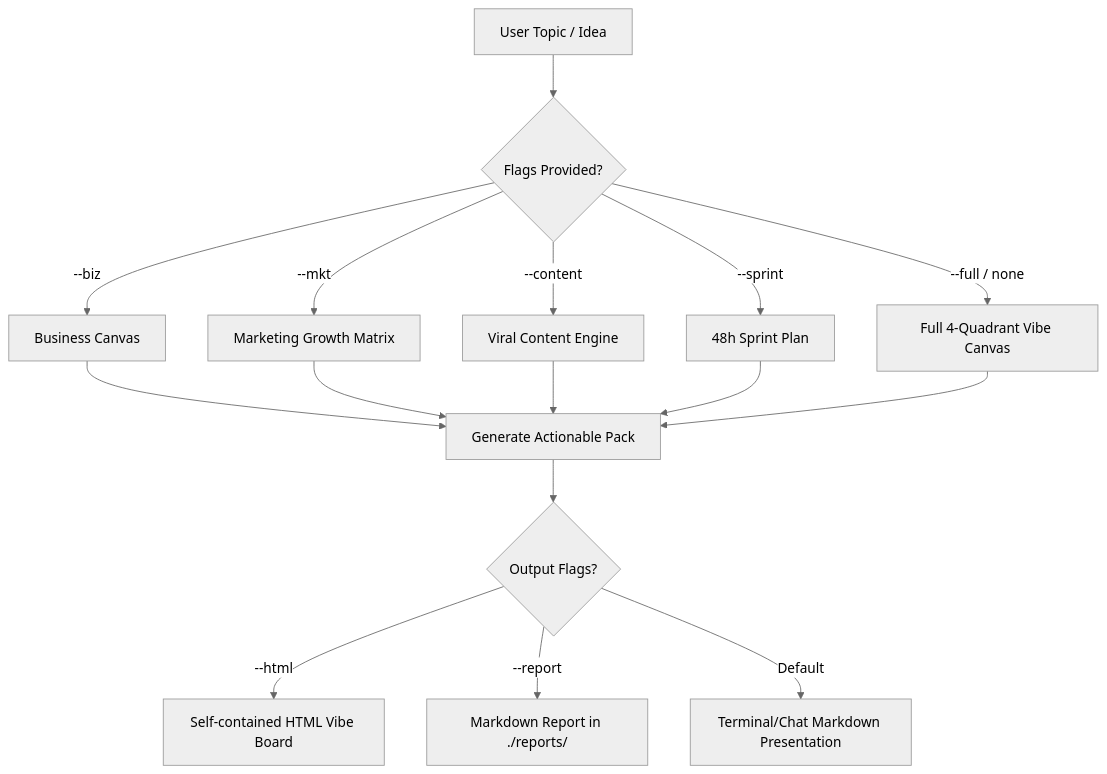
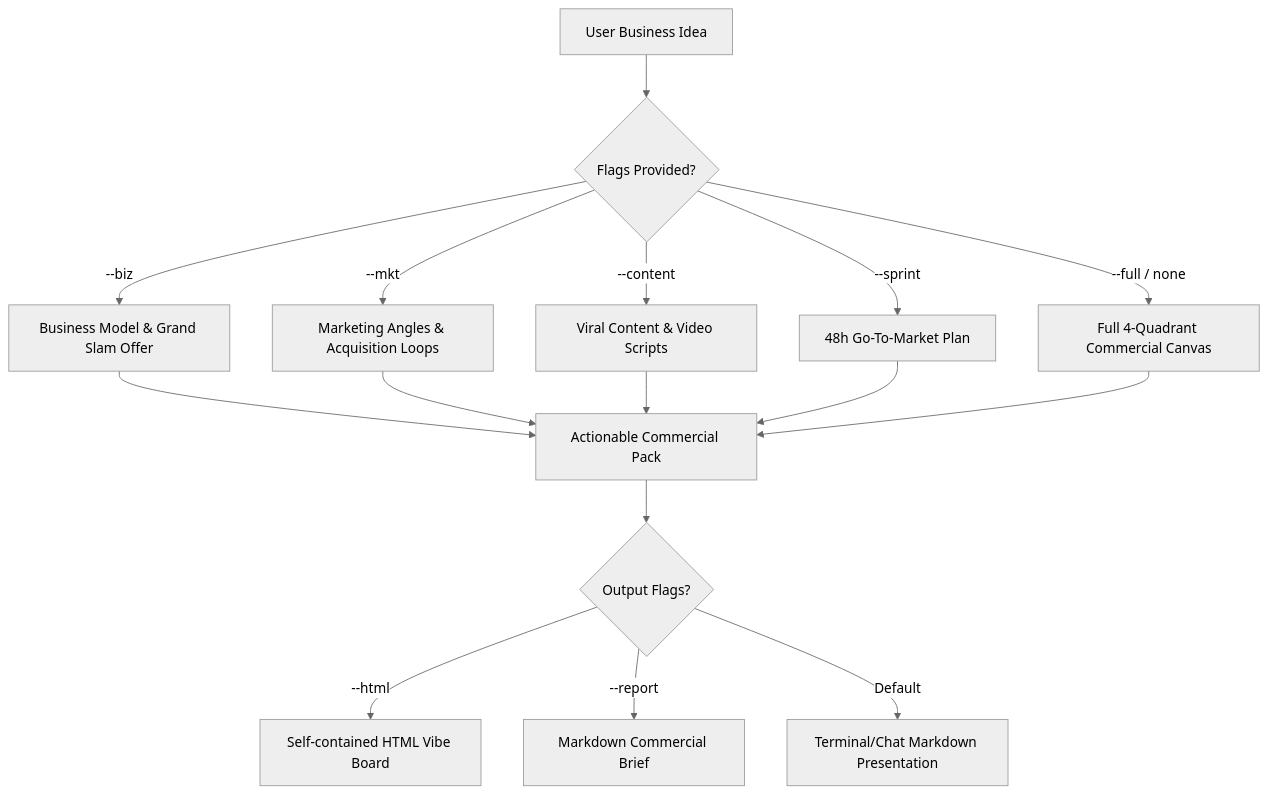
One commit to abm-dungtq/vibe-storm changed the diagram in skills/vibe-storm/SKILL.md. Above: the diagram before and after it, drawn with Mermaid (neutral theme). The commit also changed other lines of this file and 7 other files, not shown here.

Commit message:
refactor: pivot from vibe-coding to full commercial business, marketing, and GTM engine

````diff
--- a/skills/vibe-storm/SKILL.md
+++ b/skills/vibe-storm/SKILL.md
@@ -89,20 +90,20 @@
 ```mermaid
 flowchart TD
-    Req[User Topic / Idea] --> Scope{Flags Provided?}
-    Scope -->|--biz| B[Business Canvas]
-    Scope -->|--mkt| M[Marketing Growth Matrix]
-    Scope -->|--content| C[Viral Content Engine]
-    Scope -->|--sprint| S[48h Sprint Plan]
-    Scope -->|--full / none| All[Full 4-Quadrant Vibe Canvas]
+    Req[User Business Idea] --> Scope{Flags Provided?}
+    Scope -->|--biz| B[Business Model & Grand Slam Offer]
+    Scope -->|--mkt| M[Marketing Angles & Acquisition Loops]
+    Scope -->|--content| C[Viral Content & Video Scripts]
+    Scope -->|--sprint| S[48h Go-To-Market Plan]
+    Scope -->|--full / none| All[Full 4-Quadrant Commercial Canvas]
     
-    B --> Output[Generate Actionable Pack]
+    B --> Output[Actionable Commercial Pack]
     M --> Output
     C --> Output
     S --> Output
     All --> Output
     
     Output --> Artifacts{Output Flags?}
     Artifacts -->|--html| HTML[Self-contained HTML Vibe Board]
-    Artifacts -->|--report| MD[Markdown Report in ./reports/]
+    Artifacts -->|--report| MD[Markdown Commercial Brief]
     Artifacts -->|Default| Chat[Terminal/Chat Markdown Presentation]
 ```
````
